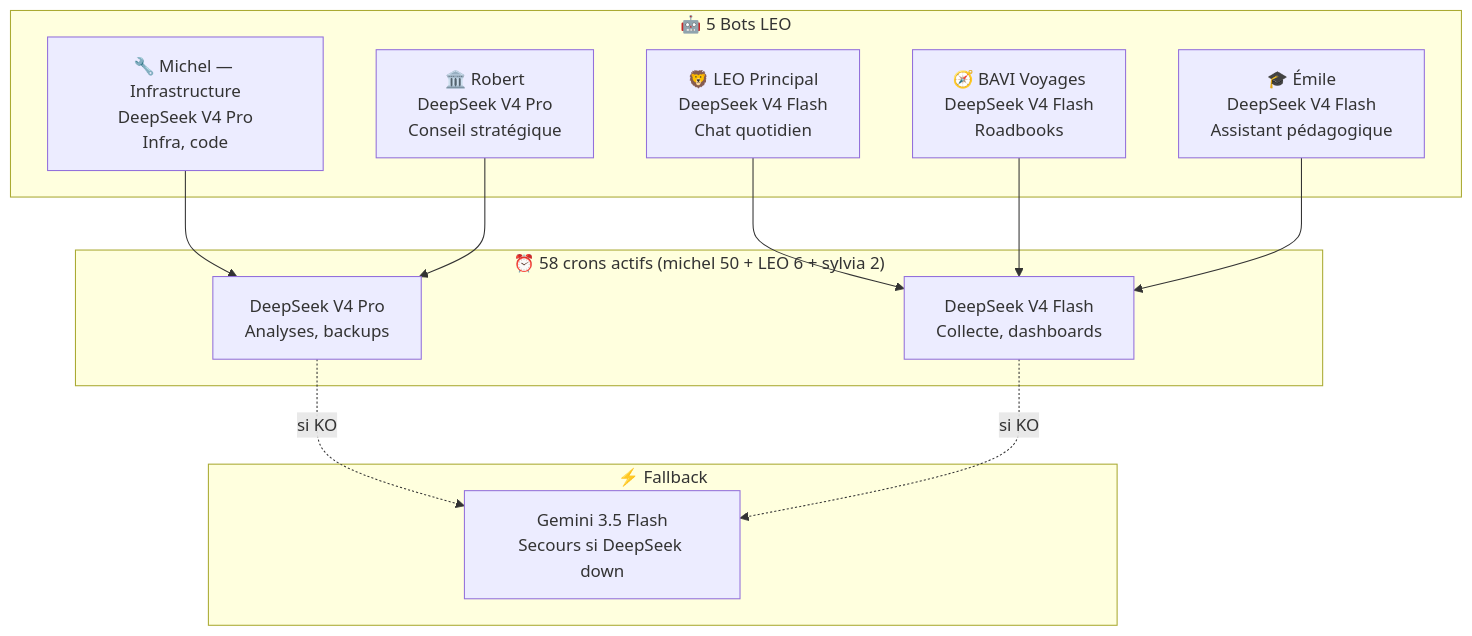
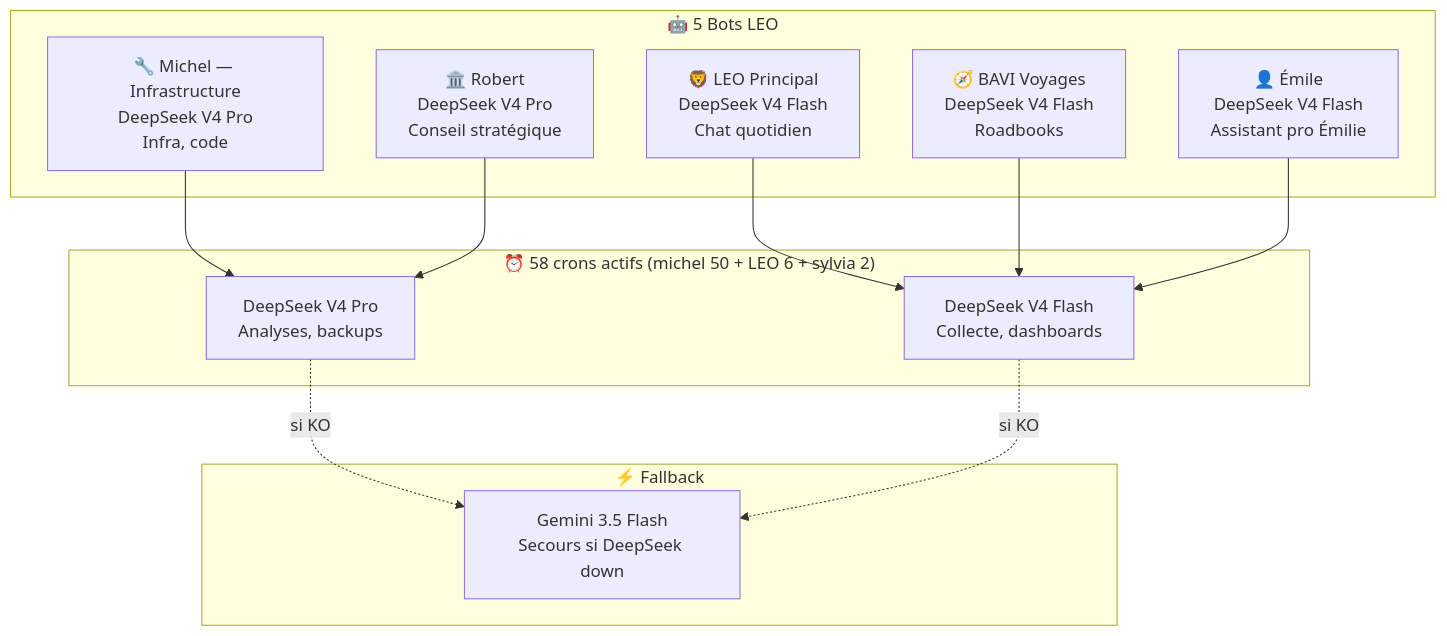
One commit to christophedanhier-hash/hermes-wiki changed the third of 3 diagrams in docs/hermes/decisions/pourquoi-deepseek-pas-gemini.md. Above: the diagram before and after it, drawn with Mermaid. The commit also changed other lines of this file and 29 other files, not shown here.

````diff
--- a/docs/hermes/decisions/pourquoi-deepseek-pas-gemini.md
+++ b/docs/hermes/decisions/pourquoi-deepseek-pas-gemini.md
@@ -130,23 +130,23 @@
 ```mermaid
 flowchart TB
     subgraph BOTS["🤖 5 Bots LEO"]
         MAIN["🦁 LEO Principal\nDeepSeek V4 Flash\nChat quotidien"]
         MICHEL["🔧 Michel — Infrastructure\nDeepSeek V4 Pro\nInfra, code"]
         BAVI["🧭 BAVI Voyages\nDeepSeek V4 Flash\nRoadbooks"]
-        EMILE["🎓 Émile\nDeepSeek V4 Flash\nAssistant pédagogique"]
+        EMILE["👤 Émile\nDeepSeek V4 Flash\nAssistant pro Émilie"]
         ROBERT["🏛️ Robert\nDeepSeek V4 Pro\nConseil stratégique"]
     end
 
     subgraph BACKUP["⚡ Fallback"]
         GEMINI["Gemini 3.5 Flash\nSecours si DeepSeek down"]
     end
 
     subgraph CRONS["⏰ 58 crons actifs (michel 50 + LEO 6 + sylvia 2)"]
         DS_PRO["DeepSeek V4 Pro\nAnalyses, backups"]
         DS_FLASH["DeepSeek V4 Flash\nCollecte, dashboards"]
     end
 
     MAIN & BAVI & EMILE --> DS_FLASH
     MICHEL & ROBERT --> DS_PRO
     DS_PRO & DS_FLASH -.->|si KO| GEMINI
 ```
````
